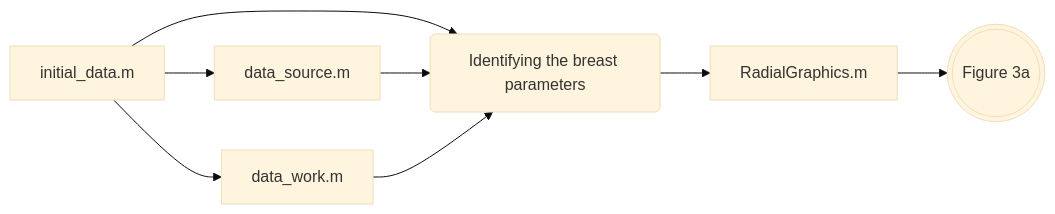
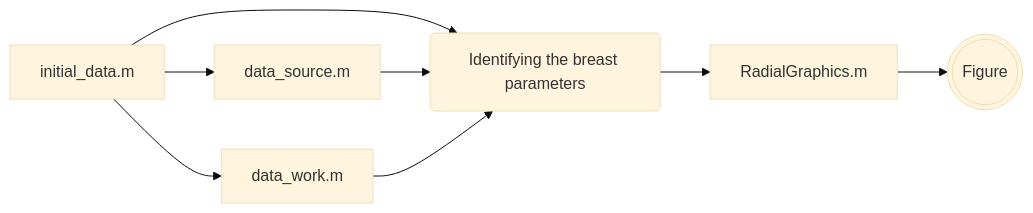
One commit to LuisaConsiglieri/FocalLaserAblationStudy changed the third of 4 diagrams in Description.md. Above: the diagram before and after it, drawn with Mermaid (base theme). The commit also changed other lines of this file, not shown here.

````diff
--- a/Description.md
+++ b/Description.md
@@ -152,8 +152,8 @@
 ```mermaid
 graph LR;
 A[initial_data.m]-->D(Identifying the breast parameters);
 A-->B[data_source.m]-->D;
 A-->C[data_work.m]-->D;
 D-->E[RadialGraphics.m];
-E-->F(((Figure 3a)));
+E-->F(((Figure)));
 ```
````
